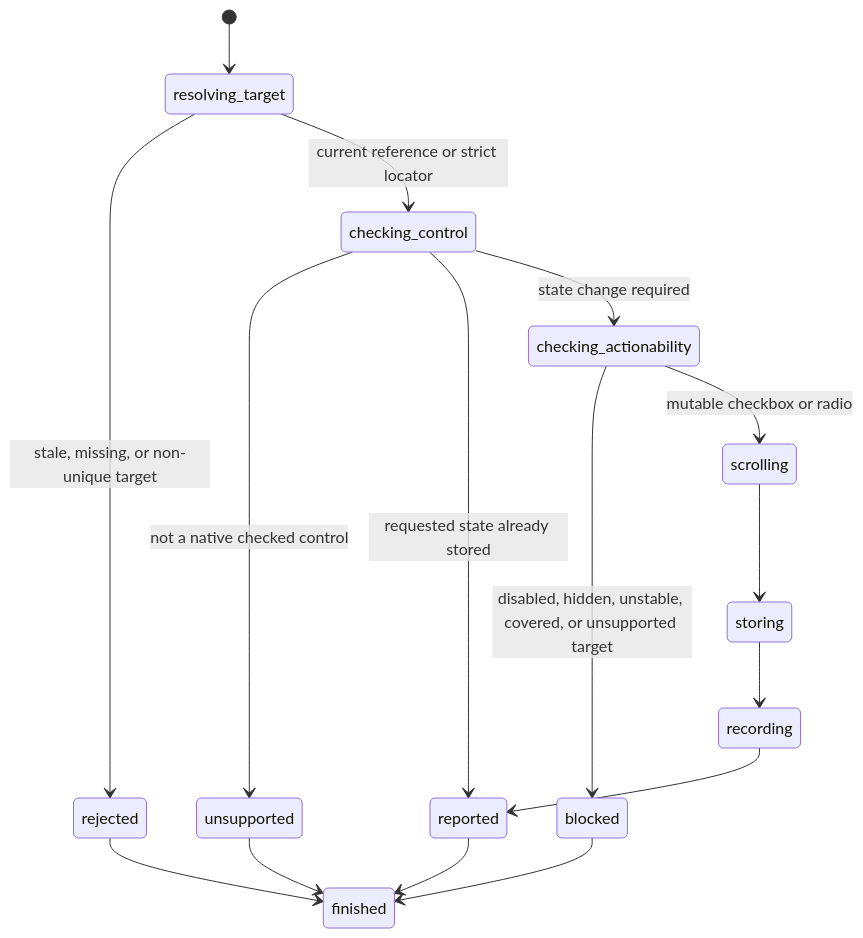
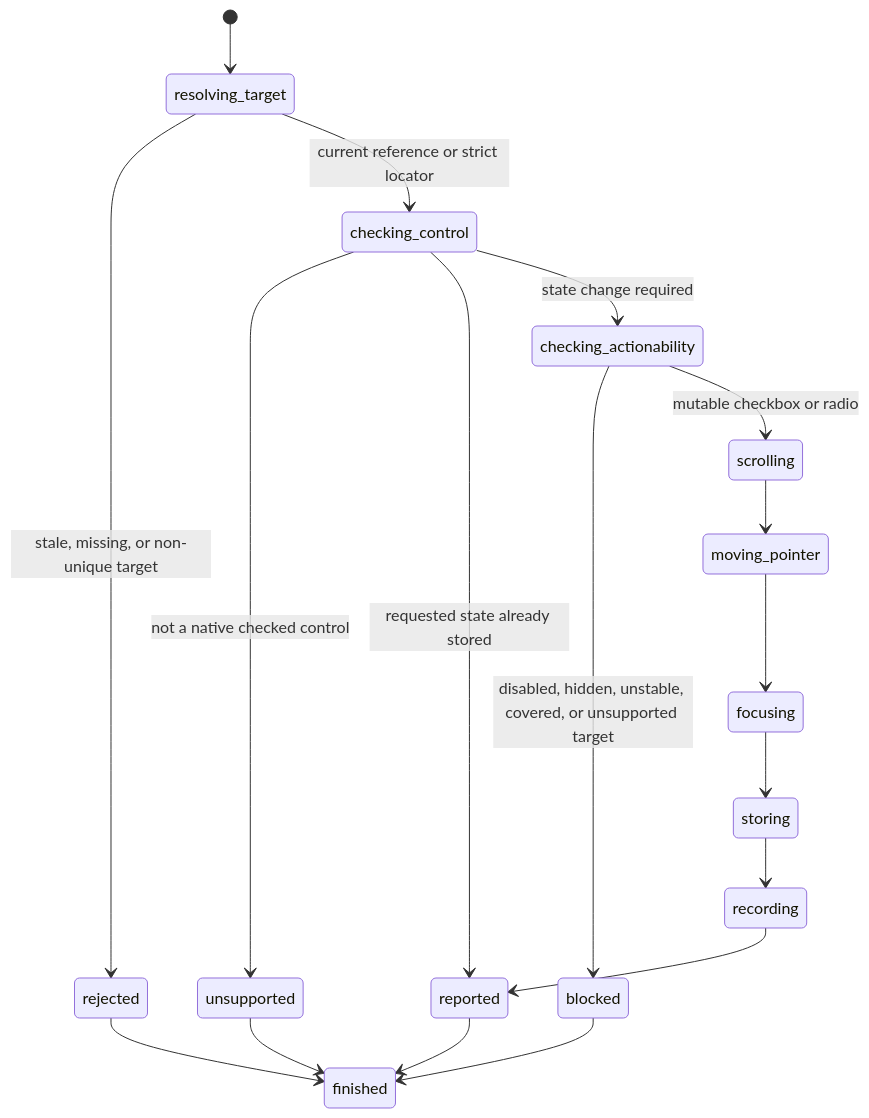
The diagram in interaction/set-checked.md (thoriqakbar0/browser.jr), drawn with Mermaid before and after one commit. The commit also changed other lines of this file and 27 other files, not shown here.

First line of the commit message:
Record pointer action event sequences

````diff
--- a/interaction/set-checked.md
+++ b/interaction/set-checked.md
@@ -31,18 +31,20 @@
 ```mermaid
 stateDiagram-v2
     [*] --> resolving_target
     resolving_target --> rejected : stale, missing, or non-unique target
     resolving_target --> checking_control : current reference or strict locator
     checking_control --> unsupported : not a native checked control
     checking_control --> reported : requested state already stored
     checking_control --> checking_actionability : state change required
     checking_actionability --> blocked : disabled, hidden, unstable, covered, or unsupported target
     checking_actionability --> scrolling : mutable checkbox or radio
-    scrolling --> storing
+    scrolling --> moving_pointer
+    moving_pointer --> focusing
+    focusing --> storing
     storing --> recording
     recording --> reported
     rejected --> finished
     blocked --> finished
     unsupported --> finished
     reported --> finished
 ```
````
